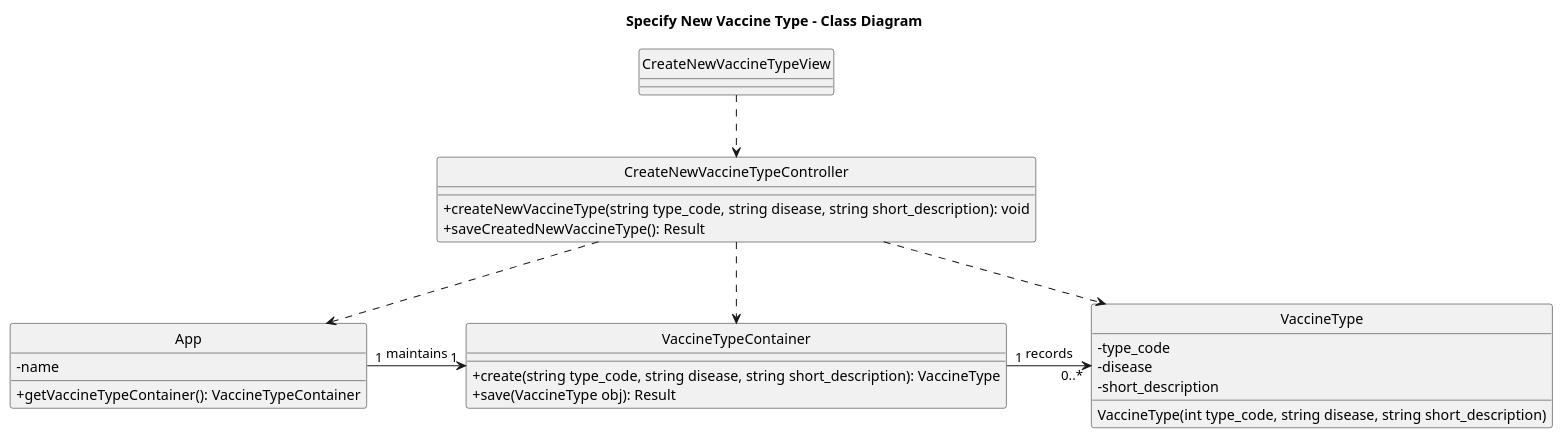
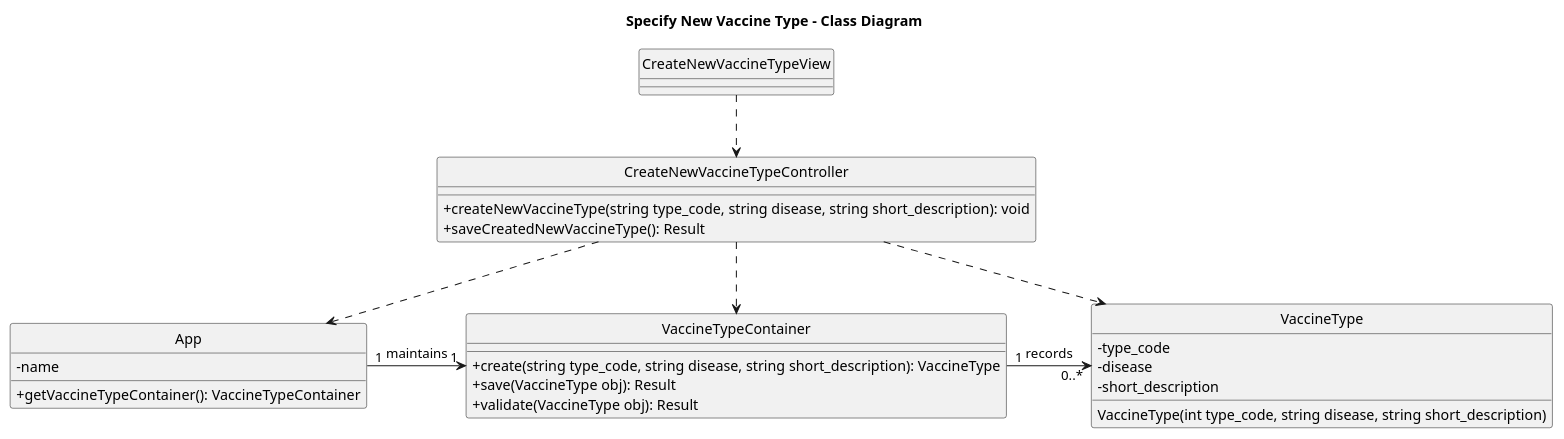
One commit to Parafita123/leti-esoft-25-26-B1 changed the diagram in docs/Sprint2/US10/puml/US10-CD.puml. Above: the diagram before and after it, drawn with PlantUML. The commit also changed 3 other files, not shown here.

```diff
--- a/docs/Sprint2/US10/puml/US10-CD.puml
+++ b/docs/Sprint2/US10/puml/US10-CD.puml
@@ -1,43 +1,44 @@
 @startuml
 'https://plantuml.com/class-diagram
 
 hide circle
 skinparam classAttributeIconSize 0
 
 title Specify New Vaccine Type - Class Diagram
 
 class CreateNewVaccineTypeView {
 }
 
 class  CreateNewVaccineTypeController {
     +createNewVaccineType(string type_code, string disease, string short_description): void
     +saveCreatedNewVaccineType(): Result
 }
 
 class VaccineType {
     - type_code
     - disease
     - short_description
     VaccineType(int type_code, string disease, string short_description)
 }
 
 class App {
     - name
     +getVaccineTypeContainer(): VaccineTypeContainer
 }
 
 class VaccineTypeContainer {
 + create(string type_code, string disease, string short_description): VaccineType
 + save(VaccineType obj): Result
++ validate(VaccineType obj): Result
 }
 
 
 App "1" -right-> "1" VaccineTypeContainer: maintains
 VaccineTypeContainer "1" -right-> "0..*" VaccineType: records
 
 CreateNewVaccineTypeView ..> CreateNewVaccineTypeController
 CreateNewVaccineTypeController ..> App
 CreateNewVaccineTypeController ..> VaccineTypeContainer
 CreateNewVaccineTypeController ..> VaccineType
 
 @enduml
```
